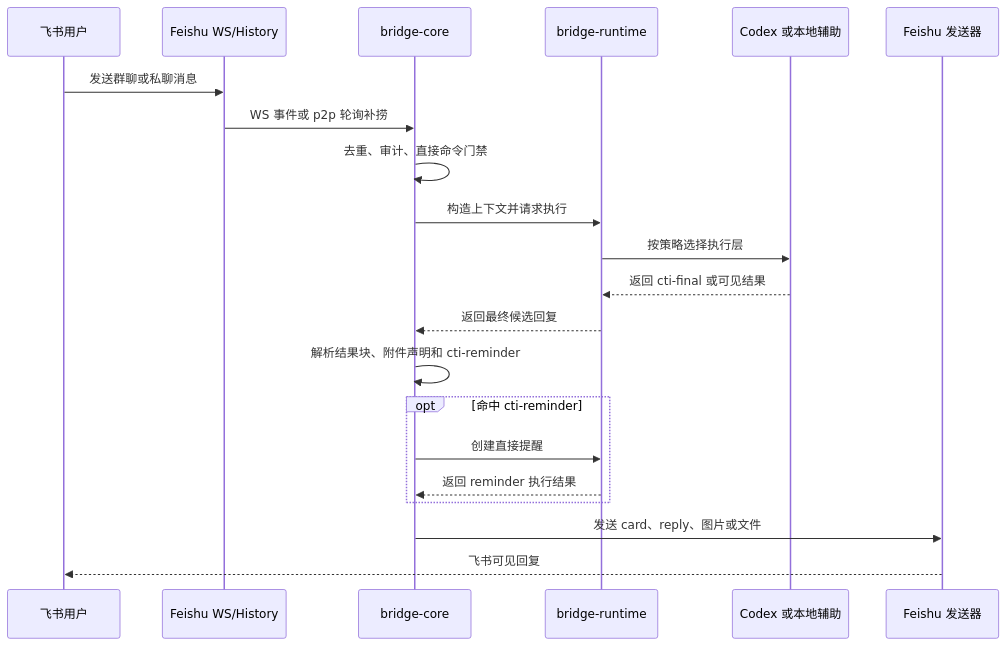
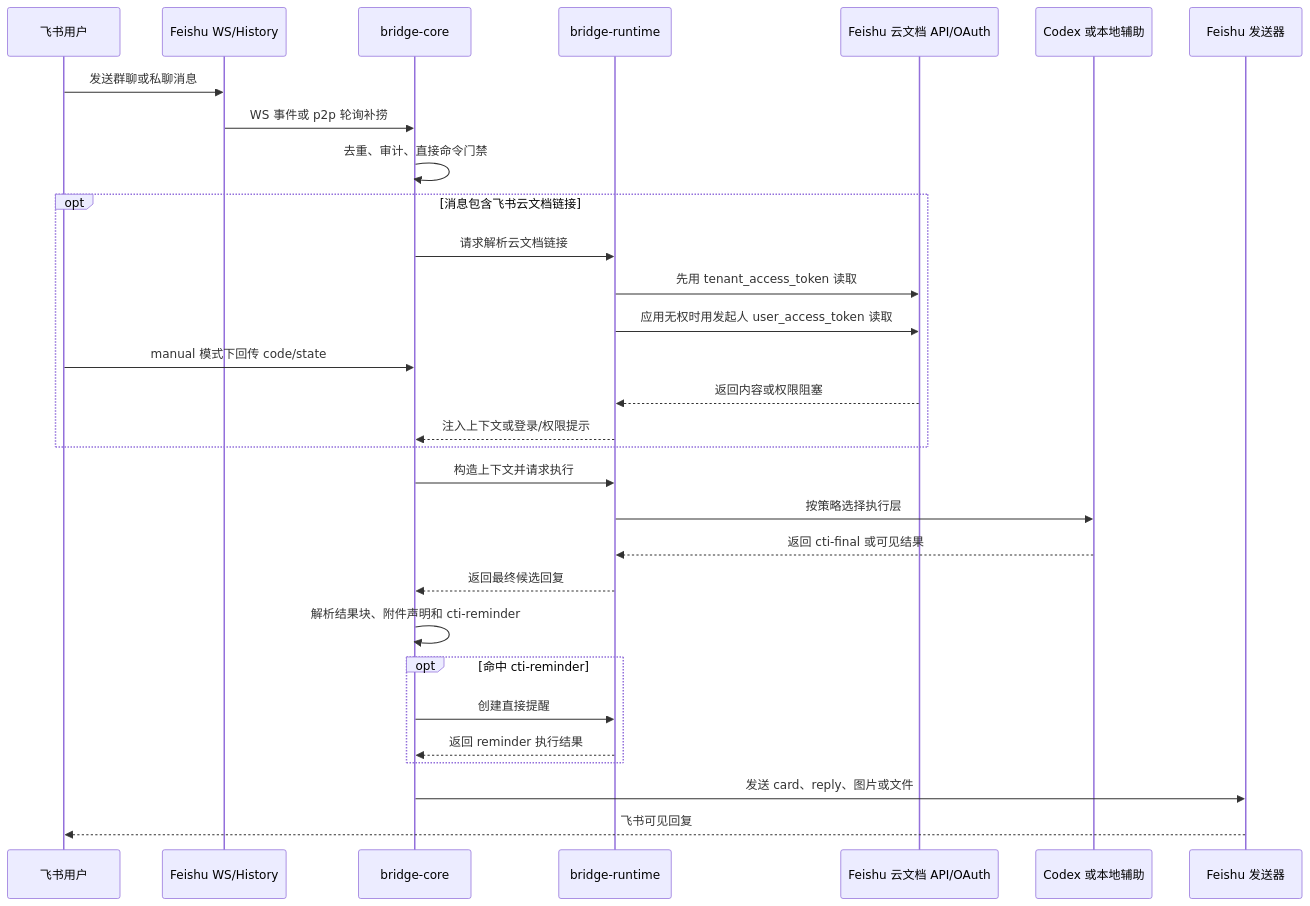
Before and after one commit to dddfuxi/codex-im-suite: the third of 8 diagrams in docs/PROJECT-ARCHITECTURE.md, drawn with Mermaid. The commit also changed other lines of this file and 114 other files, not shown here.

````diff
--- a/docs/PROJECT-ARCHITECTURE.md
+++ b/docs/PROJECT-ARCHITECTURE.md
@@ -88,24 +91,33 @@
 ```mermaid
 sequenceDiagram
   participant User as 飞书用户
   participant Feishu as Feishu WS/History
   participant Core as bridge-core
   participant Runtime as bridge-runtime
+  participant Cloud as Feishu 云文档 API/OAuth
   participant Provider as Codex 或本地辅助
   participant Sender as Feishu 发送器
 
   User->>Feishu: 发送群聊或私聊消息
   Feishu->>Core: WS 事件或 p2p 轮询补捞
   Core->>Core: 去重、审计、直接命令门禁
+  opt 消息包含飞书云文档链接
+    Core->>Runtime: 请求解析云文档链接
+    Runtime->>Cloud: 先用 tenant_access_token 读取
+    Runtime->>Cloud: 应用无权时用发起人 user_access_token 读取
+    User->>Core: manual 模式下回传 code/state
+    Cloud-->>Runtime: 返回内容或权限阻塞
+    Runtime-->>Core: 注入上下文或登录/权限提示
+  end
   Core->>Runtime: 构造上下文并请求执行
   Runtime->>Provider: 按策略选择执行层
   Provider-->>Runtime: 返回 cti-final 或可见结果
   Runtime-->>Core: 返回最终候选回复
   Core->>Core: 解析结果块、附件声明和 cti-reminder
   opt 命中 cti-reminder
     Core->>Runtime: 创建直接提醒
     Runtime-->>Core: 返回 reminder 执行结果
   end
   Core->>Sender: 发送 card、reply、图片或文件
   Sender-->>User: 飞书可见回复
 ```
````
